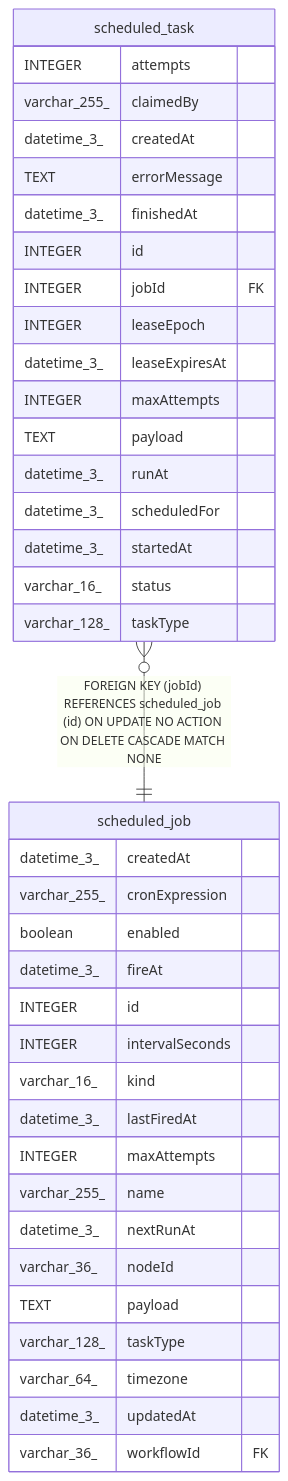
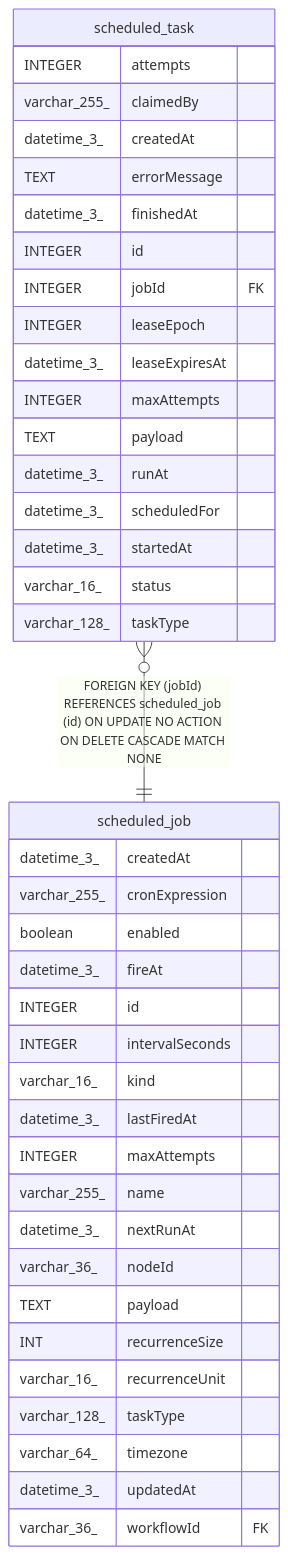
One commit to mayankjain1815-commits/n8n changed the diagram in docs/generated/sqlite-schema/scheduled_task.md. Above: the diagram before and after it, drawn with Mermaid. The commit also changed 36 other files, not shown here.

````diff
--- a/docs/generated/sqlite-schema/scheduled_task.md
+++ b/docs/generated/sqlite-schema/scheduled_task.md
@@ -55,43 +55,45 @@
 ```mermaid
 erDiagram
 
 "scheduled_task" }o--|| "scheduled_job" : "FOREIGN KEY (jobId) REFERENCES scheduled_job (id) ON UPDATE NO ACTION ON DELETE CASCADE MATCH NONE"
 
 "scheduled_task" {
   INTEGER attempts
   varchar_255_ claimedBy
   datetime_3_ createdAt
   TEXT errorMessage
   datetime_3_ finishedAt
   INTEGER id
   INTEGER jobId FK
   INTEGER leaseEpoch
   datetime_3_ leaseExpiresAt
   INTEGER maxAttempts
   TEXT payload
   datetime_3_ runAt
   datetime_3_ scheduledFor
   datetime_3_ startedAt
   varchar_16_ status
   varchar_128_ taskType
 }
 "scheduled_job" {
   datetime_3_ createdAt
   varchar_255_ cronExpression
   boolean enabled
   datetime_3_ fireAt
   INTEGER id
   INTEGER intervalSeconds
   varchar_16_ kind
   datetime_3_ lastFiredAt
   INTEGER maxAttempts
   varchar_255_ name
   datetime_3_ nextRunAt
   varchar_36_ nodeId
   TEXT payload
+  INT recurrenceSize
+  varchar_16_ recurrenceUnit
   varchar_128_ taskType
   varchar_64_ timezone
   datetime_3_ updatedAt
   varchar_36_ workflowId FK
 }
 ```
````
